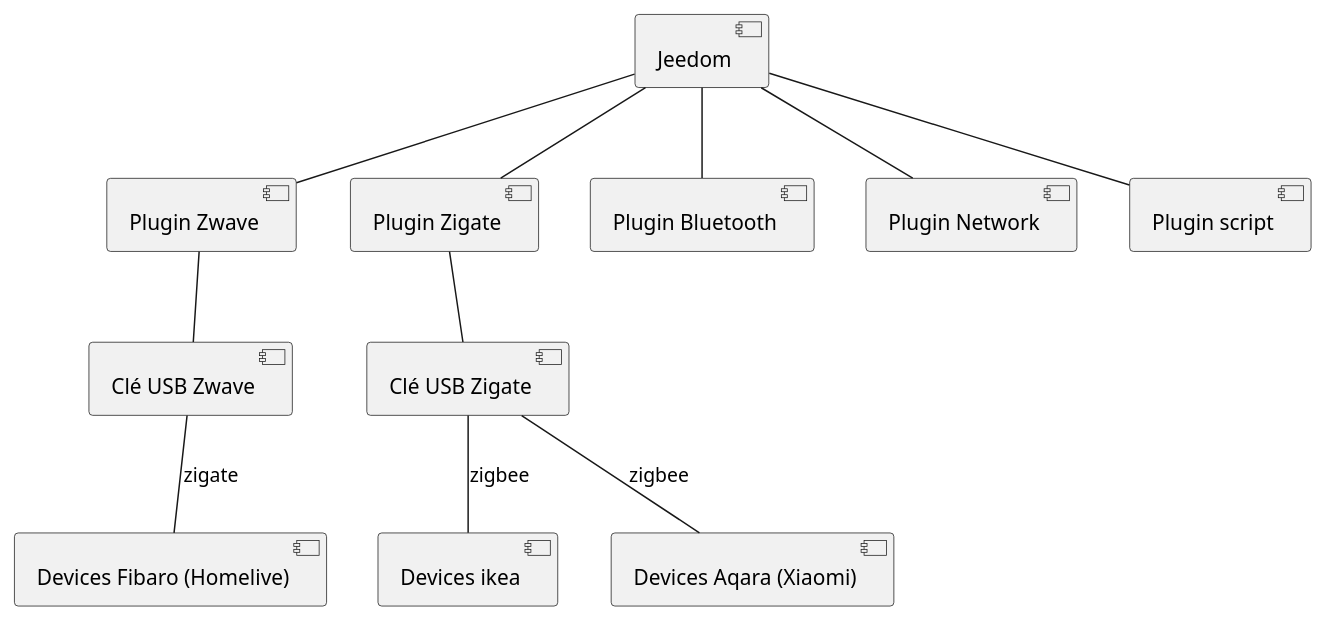
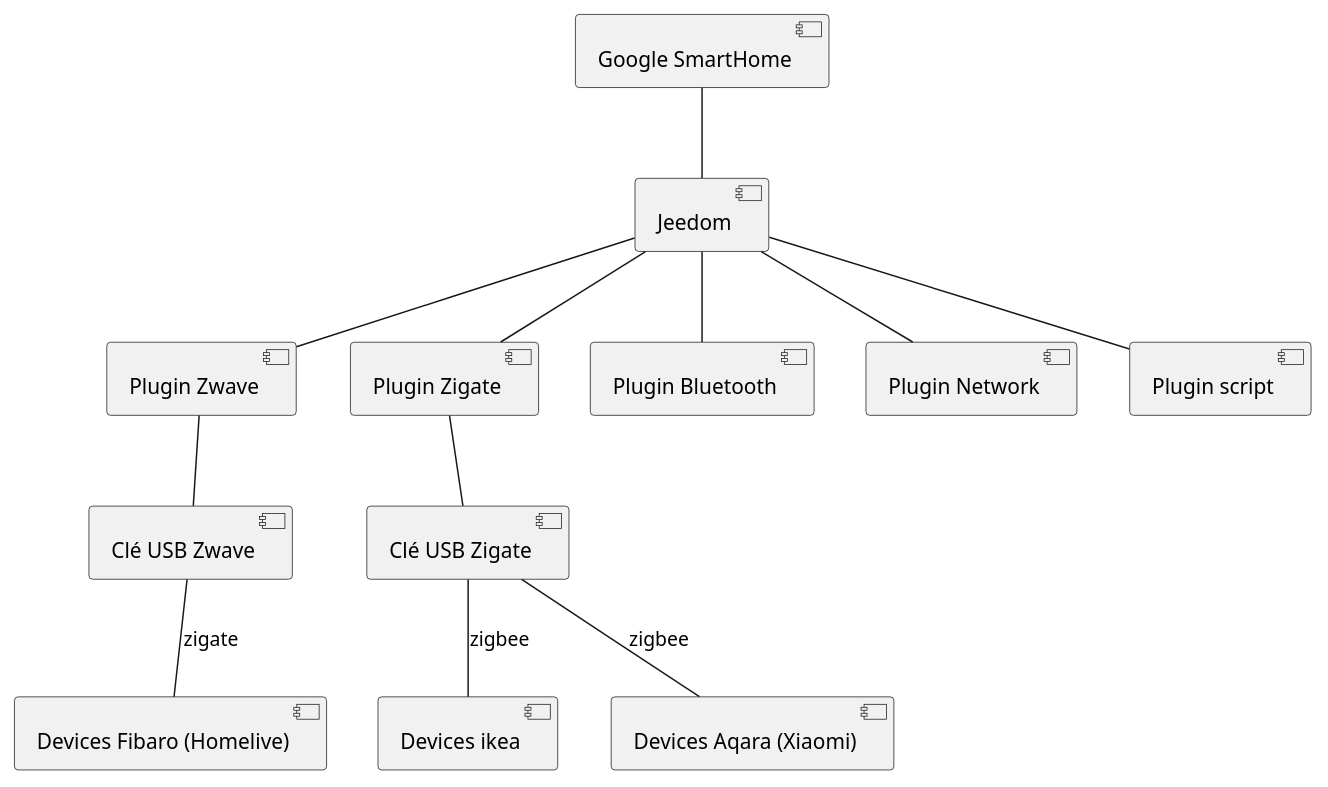
One commit to nbossard/domopoules changed the diagram in slides/schema/jeedom_and_plugins.puml. Above: the diagram before and after it, drawn with PlantUML. The commit also changed 2 other files, not shown here.

```diff
--- a/slides/schema/jeedom_and_plugins.puml
+++ b/slides/schema/jeedom_and_plugins.puml
@@ -1,16 +1,18 @@
 @startuml
+
+[Google SmartHome] -d- [Jeedom]
 
 [Jeedom] -d- [Plugin Zwave]
 [Jeedom] -d- [Plugin Zigate]
 [Jeedom] -d- [Plugin Bluetooth]
 [Jeedom] -d- [Plugin Network]
 [Jeedom] -d- [Plugin script]
 
 [Plugin Zigate] -d- [Clé USB Zigate]
 [Plugin Zwave] -d- [Clé USB Zwave]
 
 [Clé USB Zwave] -d- [Devices Fibaro (Homelive)] : zigate
 [Clé USB Zigate] -d- [Devices ikea] : zigbee
 [Clé USB Zigate] -d- [Devices Aqara (Xiaomi)] : zigbee
 
 @enduml
```
